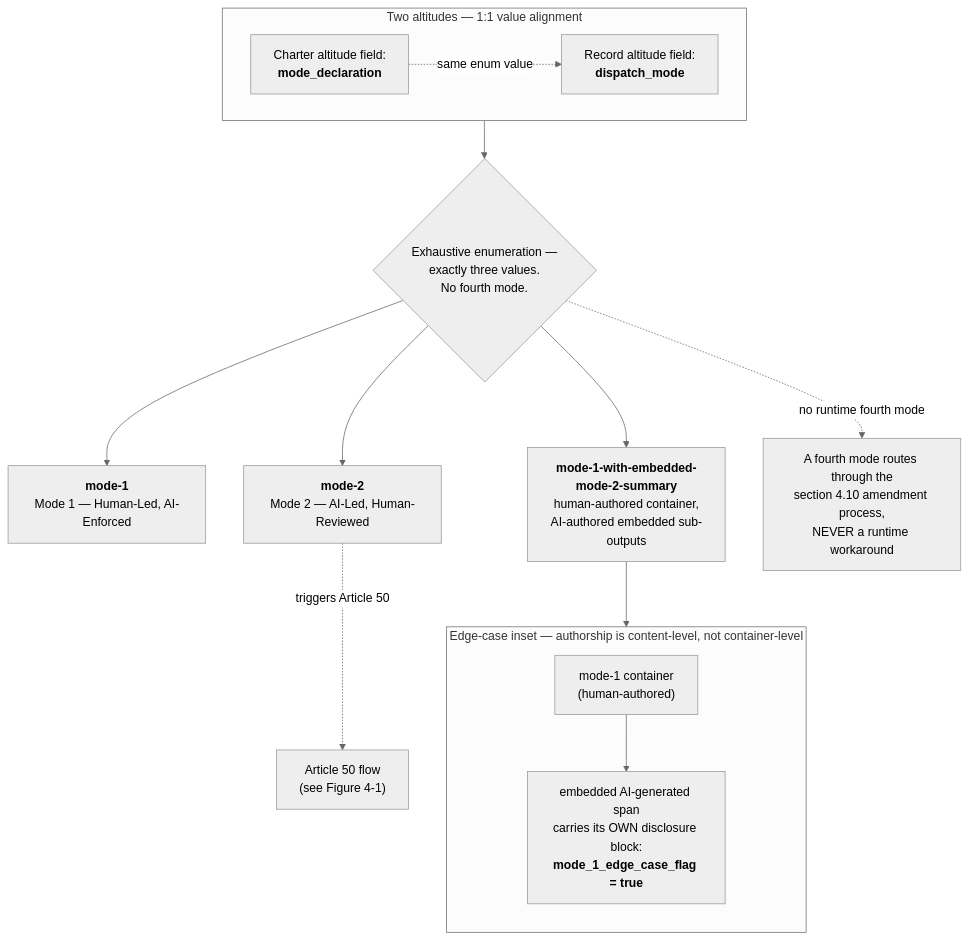
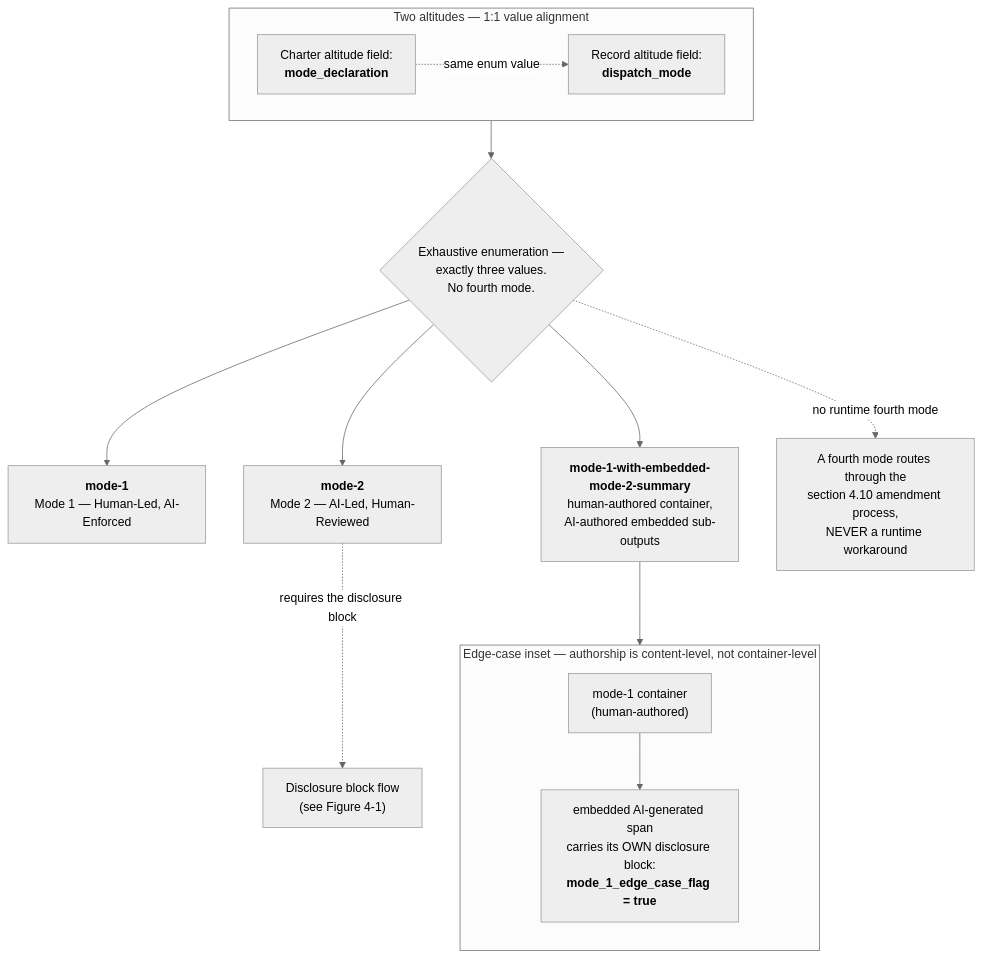
The second of 6 diagrams in spec/companion-D-diagrams.md (decision-provenance-standard/standard), drawn with Mermaid (neutral theme) before and after one commit. The commit also changed other lines of this file and 29 other files, not shown here.

First line of the commit message:
Rule changes for v1.1: disclosure block, redaction, release calls, mode-drift layers

````diff
--- a/spec/companion-D-diagrams.md
+++ b/spec/companion-D-diagrams.md
@@ -75,22 +75,22 @@
 ```mermaid
 flowchart TB
     subgraph altitudes["Two altitudes — 1:1 value alignment"]
         direction LR
         charterField["Charter altitude field:<br/><b>mode_declaration</b>"]
         recordField["Record altitude field:<br/><b>dispatch_mode</b>"]
         charterField -. "same enum value" .-> recordField
     end
     altitudes --> enumGate{"Exhaustive enumeration —<br/>exactly three values.<br/>No fourth mode."}
     enumGate --> m1["<b>mode-1</b><br/>Mode 1 — Human-Led, AI-Enforced"]
     enumGate --> m2["<b>mode-2</b><br/>Mode 2 — AI-Led, Human-Reviewed"]
     enumGate --> m1e["<b>mode-1-with-embedded-mode-2-summary</b><br/>human-authored container,<br/>AI-authored embedded sub-outputs"]
-    m2 -. "triggers Article 50" .-> a50["Article 50 flow<br/>(see Figure 4-1)"]
+    m2 -. "requires the disclosure block" .-> a50["Disclosure block flow<br/>(see Figure 4-1)"]
     m1e --> edgeInset
     subgraph edgeInset["Edge-case inset — authorship is content-level, not container-level"]
         direction TB
         container["mode-1 container<br/>(human-authored)"]
         embedded["embedded AI-generated span<br/>carries its OWN disclosure block:<br/><b>mode_1_edge_case_flag = true</b>"]
         container --> embedded
     end
     enumGate -. "no runtime fourth mode" .-> fourth["A fourth mode routes through the<br/>section 4.10 amendment process,<br/>NEVER a runtime workaround"]
 ```
````
